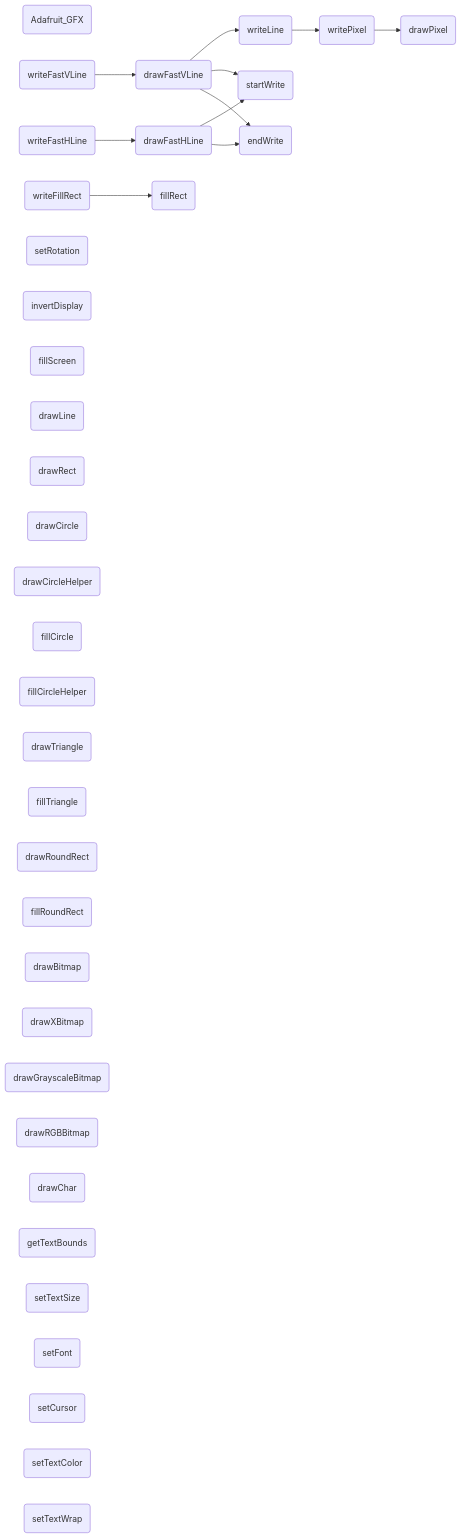
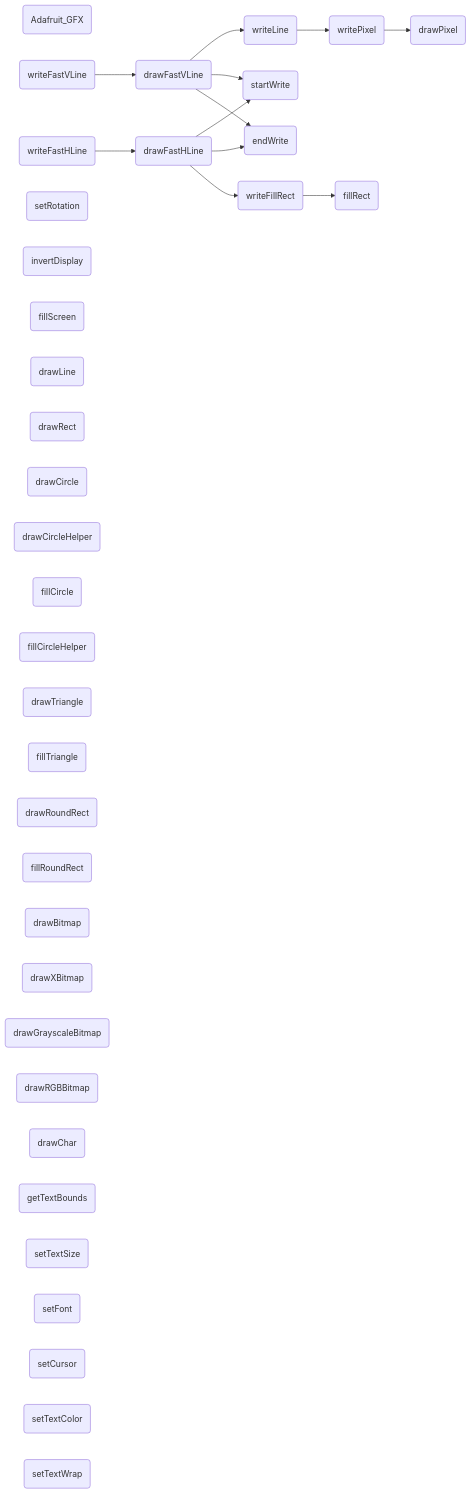
Before and after one commit to icodezhanglei/iodraw-files: the diagram in all/未命名.md, drawn with Mermaid.

Commit message:
2024-09-13 18:21:21 update

````diff
--- a/all/未命名.md
+++ b/all/未命名.md
@@ -1,48 +1,49 @@
 ```mermaid
 flowchart LR
 Adafruit_GF(Adafruit_GFX)
 drawPixel(drawPixel)
 startWrite(startWrite)
 endWrite(endWrite)
 writePixel(writePixel)
 writeFillRect(writeFillRect)
 writeFastVLine(writeFastVLine)
 writeFastHLine(writeFastHLine)
 writeLine(writeLine)
 setRotation(setRotation)
 invertDisplay(invertDisplay)
 drawFastVLine(drawFastVLine)
 drawFastHLine(drawFastHLine)
 fillRect(fillRect)
 fillScreen(fillScreen)
 drawLine(drawLine)
 drawRect(drawRect)
 drawCircle(drawCircle)
 drawCircleHelper(drawCircleHelper)
 fillCircle(fillCircle)
 fillCircleHelper(fillCircleHelper)
 drawTriangle(drawTriangle)
 fillTriangle(fillTriangle)
 drawRoundRect(drawRoundRect)
 fillRoundRect(fillRoundRect)
 drawBitmap(drawBitmap)
 drawXBitmap(drawXBitmap)
 drawGrayscaleBitmap(drawGrayscaleBitmap)
 drawRGBBitmap(drawRGBBitmap)
 drawChar(drawChar)
 getTextBounds(getTextBounds)
 setTextSize(setTextSize)
 setFont(setFont)
 setCursor(setCursor)
 setTextColor(setTextColor)
 setTextWrap(setTextWrap)
 
 
 writeFastVLine --> drawFastVLine --> writeLine --> writePixel --> drawPixel
 drawFastVLine --> startWrite & endWrite
 
 writeFastHLine --> drawFastHLine --> startWrite & endWrite
+drawFastHLine -->
 
 writeFillRect --> fillRect
 
 ```
````
